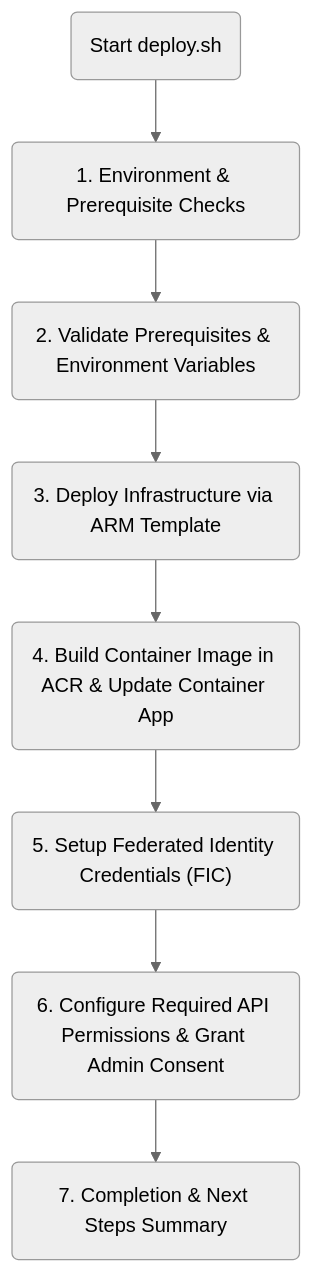
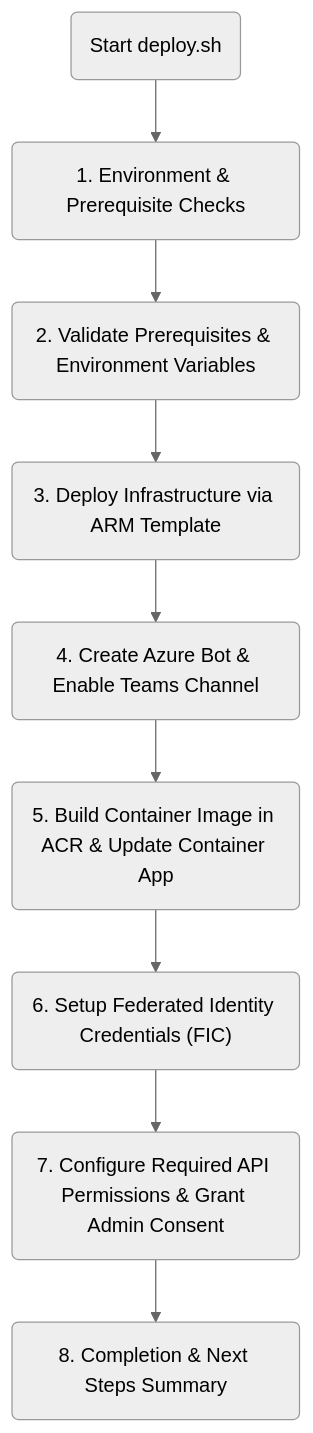
One commit to joetanx/soc-buddy changed the second of 2 diagrams in README.md. Above: the diagram before and after it, drawn with Mermaid (neutral theme). The commit also changed other lines of this file and 3 other files, not shown here.

Commit message:
Add workspace and table tool, move Teams-managed bot to Azure bot

````diff
--- a/README.md
+++ b/README.md
@@ -206,10 +200,11 @@
 ```mermaid
 flowchart TD
     A(Start deploy.sh) --> B(1. Environment & Prerequisite Checks)
     B --> C(2. Validate Prerequisites & Environment Variables)
     C --> D(3. Deploy Infrastructure via ARM Template)
-    D --> E(4. Build Container Image in ACR & Update Container App)
-    E --> F("5. Setup Federated Identity Credentials (FIC)")
-    F --> G(6. Configure Required API Permissions & Grant Admin Consent)
-    G --> H(7. Completion & Next Steps Summary)
+    D --> E(4. Create Azure Bot & Enable Teams Channel)
+    E --> F(5. Build Container Image in ACR & Update Container App)
+    F --> G("6. Setup Federated Identity Credentials (FIC)")
+    G --> H(7. Configure Required API Permissions & Grant Admin Consent)
+    H --> I(8. Completion & Next Steps Summary)
 ```
````
